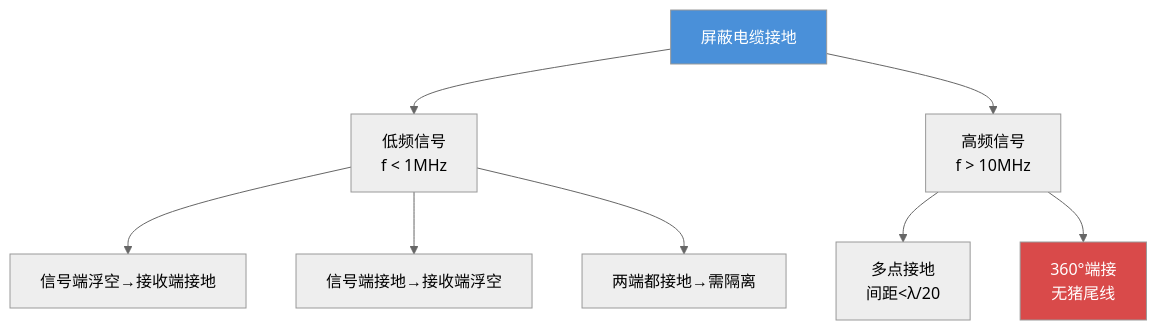
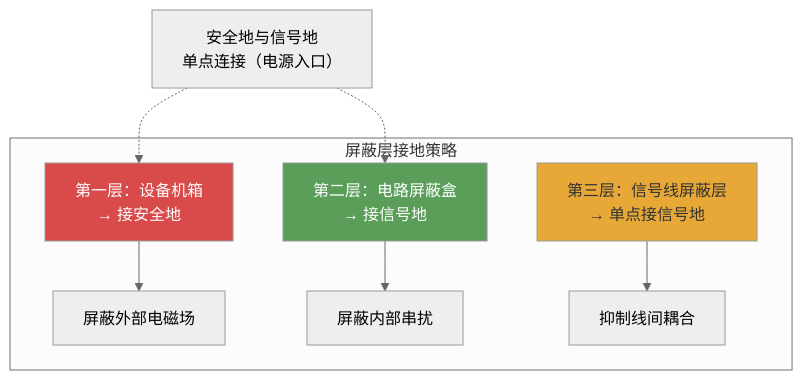
One commit to huoli4844/mybook changed diagram 12 of 16 in output/第6章-接地技术.md. Above: the diagram before and after it, drawn with Mermaid. The commit also changed other lines of this file and 3 other files, not shown here.

````diff
--- a/output/第6章-接地技术.md
+++ b/output/第6章-接地技术.md
@@ -939,13 +1936,14 @@
 ```mermaid
 %%{init: {"flowchart": {"useMaxWidth": false}, "theme": "neutral"}}%%
 graph TB
-    CABLE["屏蔽电缆接地"] --> LF["低频信号<br>f < 1MHz"]
-    CABLE --> HF["高频信号<br>f > 10MHz"]
-    LF --> S1["信号端浮空→接收端接地"]
-    LF --> S2["信号端接地→接收端浮空"]
-    LF --> S3["两端都接地→需隔离"]
-    HF --> H1["多点接地<br>间距<λ/20"]
-    HF --> H2["360°端接<br>无猪尾线"]
-    style CABLE fill:#4a90d9,color:#fff
-    style H2 fill:#d94a4a,color:#fff
+    subgraph 屏蔽层接地策略
+    L1["第一层：设备机箱<br>→ 接安全地"] --> L1A["屏蔽外部电磁场"]
+    L2["第二层：电路屏蔽盒<br>→ 接信号地"] --> L2A["屏蔽内部串扰"]
+    L3["第三层：信号线屏蔽层<br>→ 单点接信号地"] --> L3A["抑制线间耦合"]
+    end
+    CONN["安全地与信号地<br>单点连接（电源入口）"] -.-> L1
+    CONN -.-> L2
+    style L1 fill:#d94a4a,color:#fff
+    style L2 fill:#5a9e5a,color:#fff
+    style L3 fill:#e8a838,color:#333
 ```
````
